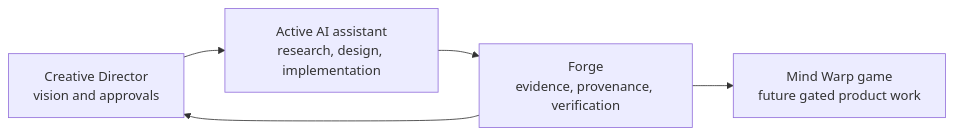
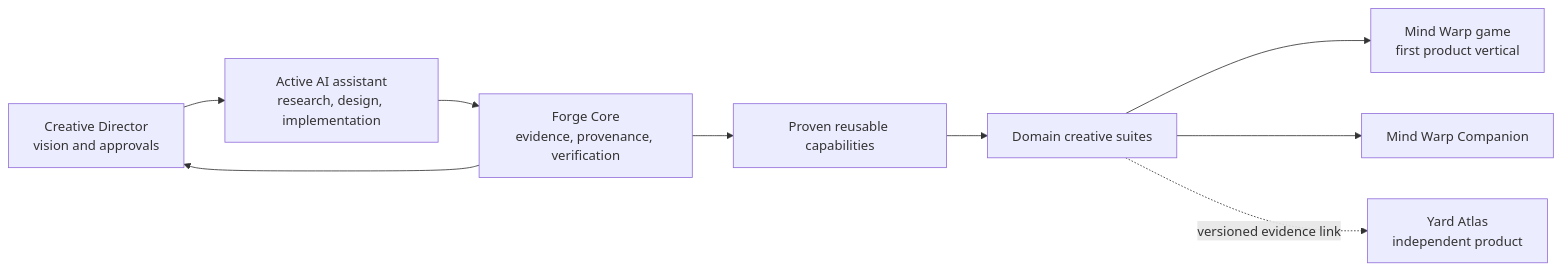
Before and after one commit to zakwmthomas/Mindwarp-forge: the diagram in docs/project-atlas/ATLAS.md, drawn with Mermaid. The commit also changed other lines of this file and 37 other files, not shown here.

Commit message:
Consolidate Forge control plane and product route

````diff
--- a/docs/project-atlas/ATLAS.md
+++ b/docs/project-atlas/ATLAS.md
@@ -8,7 +9,11 @@
 ```mermaid
 flowchart LR
   Owner["Creative Director\nvision and approvals"] --> Agent["Active AI assistant\nresearch, design, implementation"]
-  Agent --> Forge["Forge\nevidence, provenance, verification"]
-  Forge --> Game["Mind Warp game\nfuture gated product work"]
+  Agent --> Forge["Forge Core\nevidence, provenance, verification"]
+  Forge --> Reuse["Proven reusable capabilities"]
+  Reuse --> Suites["Domain creative suites"]
+  Suites --> Game["Mind Warp game\nfirst product vertical"]
+  Suites --> Companion["Mind Warp Companion"]
+  Suites -. versioned evidence link .-> Yard["Yard Atlas\nindependent product"]
   Forge --> Owner
 ```
````
